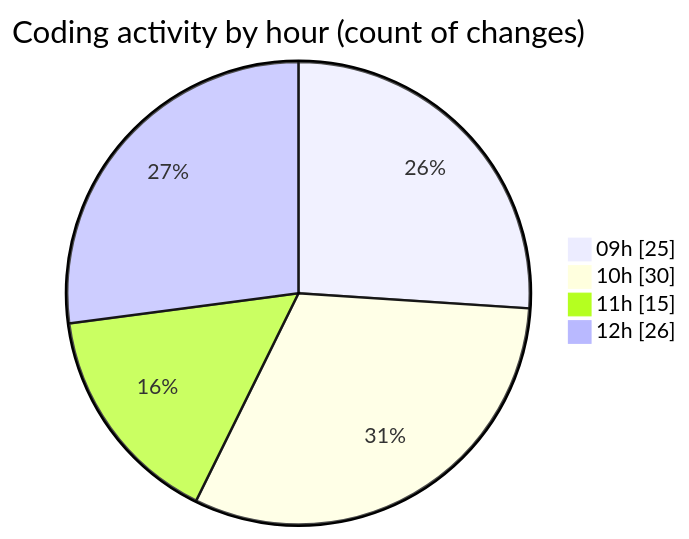
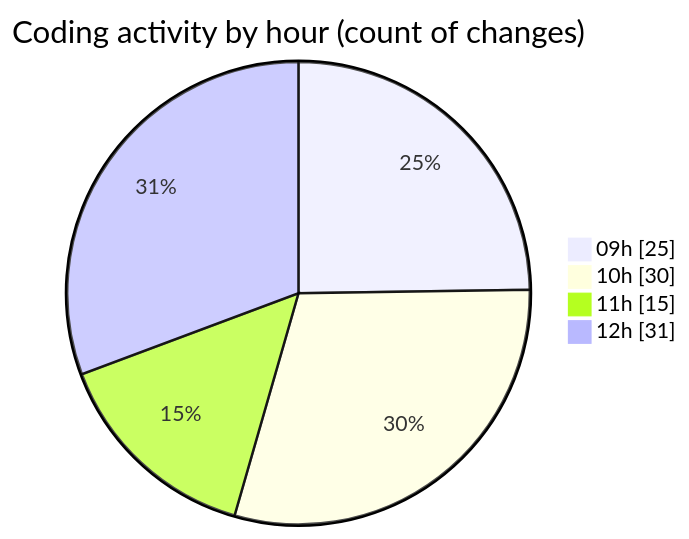
The second of 2 diagrams in 2025-11-18/cda/README.md (momahboobian/code-tracking), drawn with Mermaid before and after one commit. The commit also changed other lines of this file and 1 other file, not shown here.

````diff
--- a/2025-11-18/cda/README.md
+++ b/2025-11-18/cda/README.md
@@ -40,8 +40,8 @@
 ```mermaid
 pie showData
 title Coding activity by hour (count of changes)
 "09h" : 25
 "10h" : 30
 "11h" : 15
-"12h" : 26
+"12h" : 31
 ```
````
